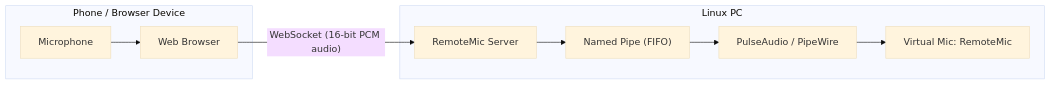
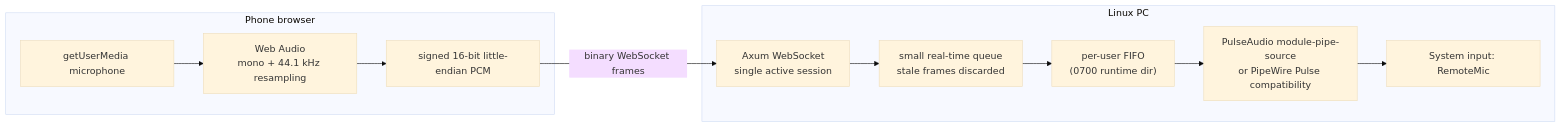
One commit to goldpulpy/RemoteMic changed the diagram in README.md. Above: the diagram before and after it, drawn with Mermaid (base theme). The commit also changed other lines of this file and 6 other files, not shown here.

Commit message:
fix: audio handling and session management

````diff
--- a/README.md
+++ b/README.md
@@ -13,20 +13,20 @@
 ```mermaid
 flowchart LR
-    subgraph Phone["Phone / Browser Device"]
-        Mic["Microphone"]
-        Browser["Web Browser"]
+    subgraph Phone["Phone browser"]
+        Mic["getUserMedia microphone"]
+        WebAudio["Web Audio\nmono + 44.1 kHz resampling"]
+        PCM["signed 16-bit little-endian PCM"]
+        Mic --> WebAudio --> PCM
     end
 
     subgraph PC["Linux PC"]
-        Server["RemoteMic Server"]
-        Pipe["Named Pipe (FIFO)"]
-        Pulse["PulseAudio / PipeWire"]
-        Source["Virtual Mic: RemoteMic"]
+        Session["Axum WebSocket\nsingle active session"]
+        Queue["small real-time queue\nstale frames discarded"]
+        Pipe["per-user FIFO\n(0700 runtime dir)"]
+        Module["PulseAudio module-pipe-source\nor PipeWire Pulse compatibility"]
+        Source["System input: RemoteMic"]
+        Session --> Queue --> Pipe --> Module --> Source
     end
 
-    Mic --> Browser
-    Browser -- "WebSocket (16-bit PCM audio)" --> Server
-    Server --> Pipe
-    Pipe --> Pulse
-    Pulse --> Source
+    PCM -- "binary WebSocket frames" --> Session
 ```
````
